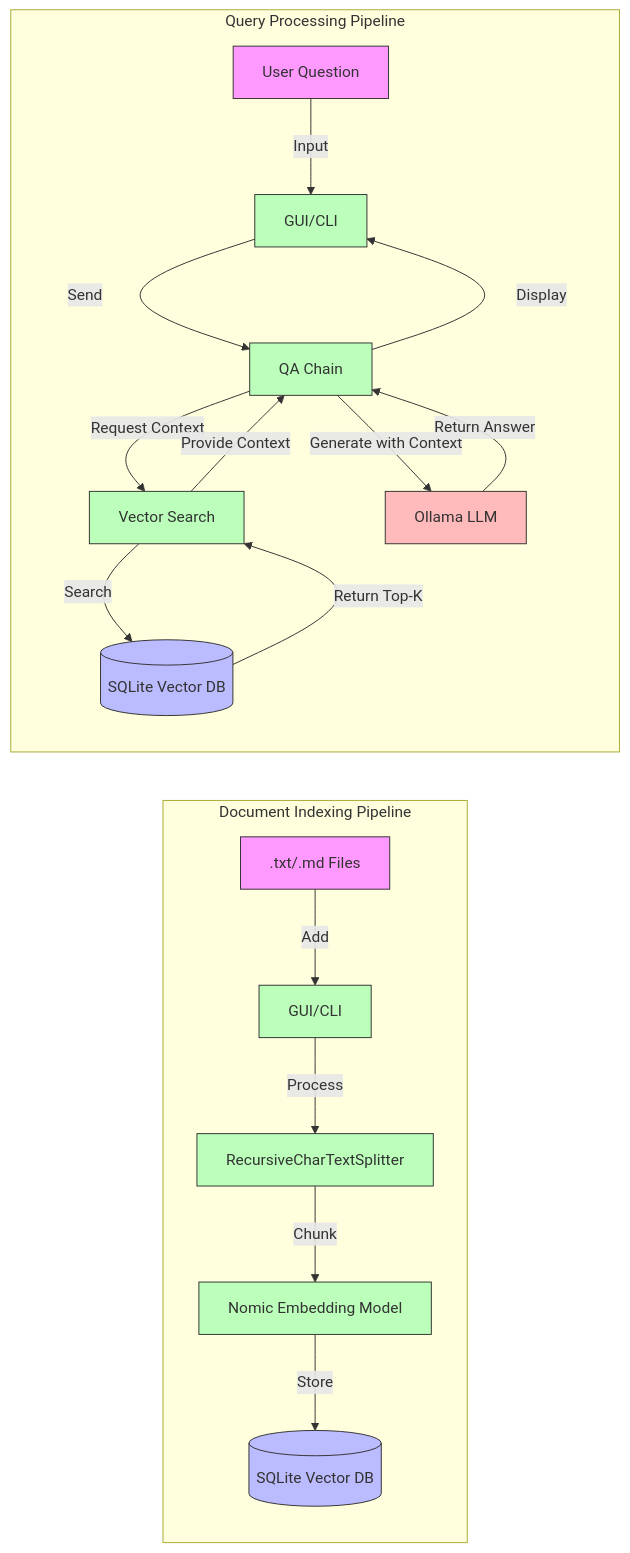
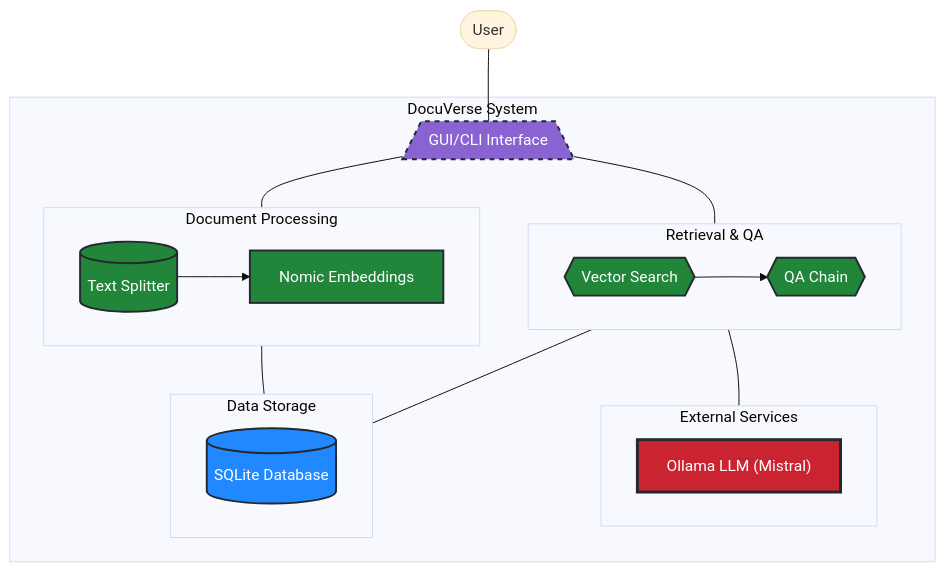
Before and after one commit to ai-mindset/docuverse: the second of 2 diagrams in README.md, drawn with Mermaid. The commit also changed other lines of this file, not shown here.

Commit message:
fix: mermaid diagrams

````diff
--- a/README.md
+++ b/README.md
@@ -55,35 +63,44 @@
 ```mermaid
-flowchart LR
-    %% Document Indexing Flow
-    subgraph Indexing ["Document Indexing Pipeline"]
-        A[".txt/.md Files"] -->|Add| B[GUI/CLI]
-        B -->|Process| C["RecursiveCharTextSplitter"]
-        C -->|Chunk| D["Nomic Embedding Model"]
-        D -->|Store| E[(SQLite Vector DB)]
+%%{init: { 'themeVariables': { 'darkMode': false }, 'theme': 'base' }}%%
+flowchart TB
+    User([User]) --- UI[/GUI/CLI Interface\]
+    
+    subgraph DocuVerse ["DocuVerse System"]
+        UI --- Document_Processing
+        UI --- Retrieval_QA
+        Document_Processing --- Storage
+        Retrieval_QA --- Storage
+        Retrieval_QA --- External
+        
+        subgraph Document_Processing ["Document Processing"]
+            TextSplitter[(Text Splitter)]
+            Embeddings["Nomic Embeddings"]
+            TextSplitter --> Embeddings
+        end
+        
+        subgraph Storage ["Data Storage"]
+            SQLite[(SQLite Database)]
+        end
+        
+        subgraph Retrieval_QA ["Retrieval & QA"]
+            VectorSearch{{Vector Search}}
+            QAChain{{QA Chain}}
+            VectorSearch --> QAChain
+        end
+        
+        subgraph External ["External Services"]
+            Ollama["Ollama LLM (Mistral)"]
+        end
     end
     
-    %% Query Flow
-    subgraph Querying ["Query Processing Pipeline"]
-        F["User Question"] -->|Input| G[GUI/CLI]
-        G -->|Send| H[QA Chain]
-        H -->|Request Context| I[Vector Search]
-        I -->|Search| J[(SQLite Vector DB)]
-        J -->|Return Top-K| I
-        I -->|Provide Context| H
-        H -->|Generate with Context| K[Ollama LLM]
-        K -->|Return Answer| H
-        H -->|Display| G
-    end
+    %% Apply Light Mode Classes
+    classDef interfaceLight fill:#8A63D2,stroke:#24292e,stroke-width:2px,stroke-dasharray:5 5,color:#FFFFFF
+    classDef storageLight fill:#2188FF,stroke:#24292e,stroke-width:2px,color:#FFFFFF
+    classDef processingLight fill:#22863A,stroke:#24292e,stroke-width:2px,color:#FFFFFF
+    classDef externalLight fill:#CB2431,stroke:#24292e,stroke-width:3px,color:#FFFFFF
     
-    %% Styling with patterns and shapes for accessibility
-    classDef input fill:#f9f,stroke:#333,shape:document
-    classDef process fill:#bfb,stroke:#333,shape:box
-    classDef storage fill:#bbf,stroke:#333,shape:cylinder
-    classDef model fill:#fbb,stroke:#333,shape:hexagon
-    
-    class A,F input
-    class B,C,G process
-    class D,H,I process
-    class E,J storage
-    class K model
+    class UI interfaceLight
+    class SQLite storageLight
+    class TextSplitter,Embeddings,VectorSearch,QAChain processingLight
+    class Ollama externalLight
 ```
````
